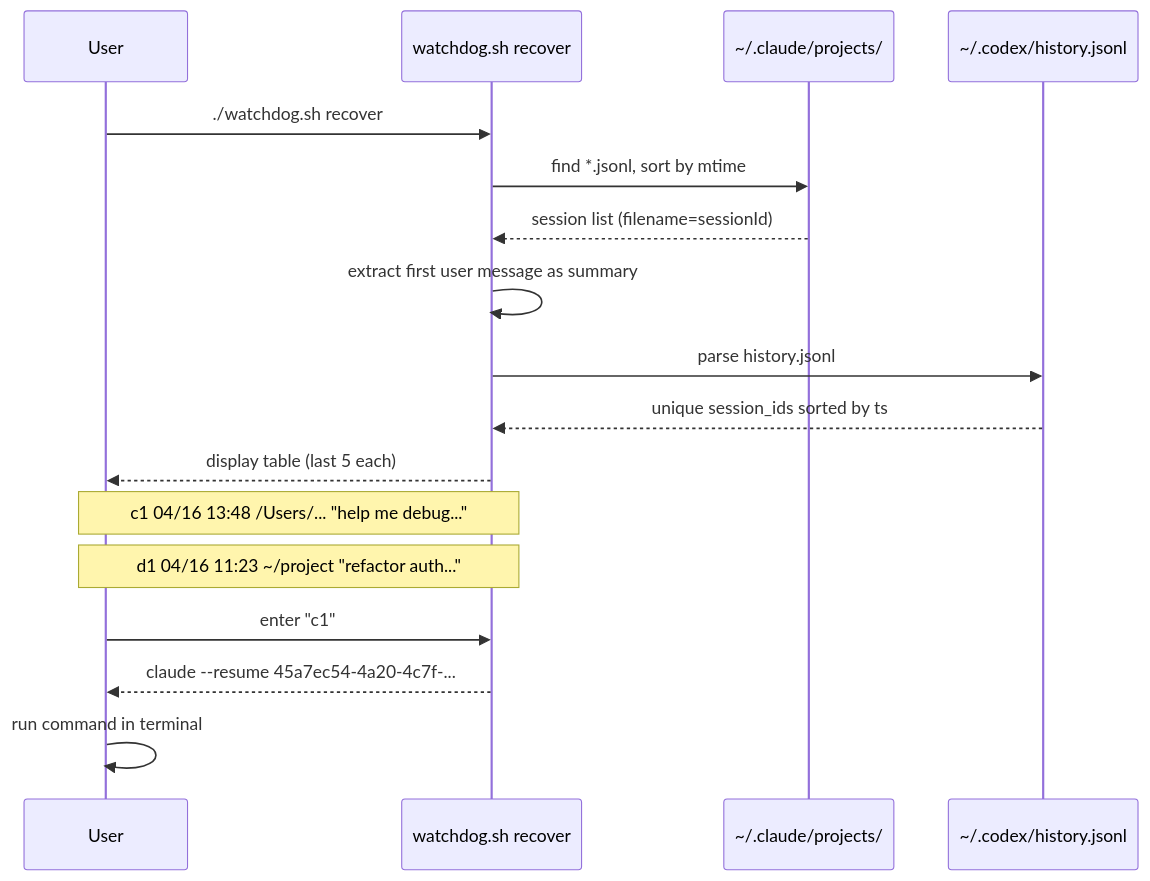
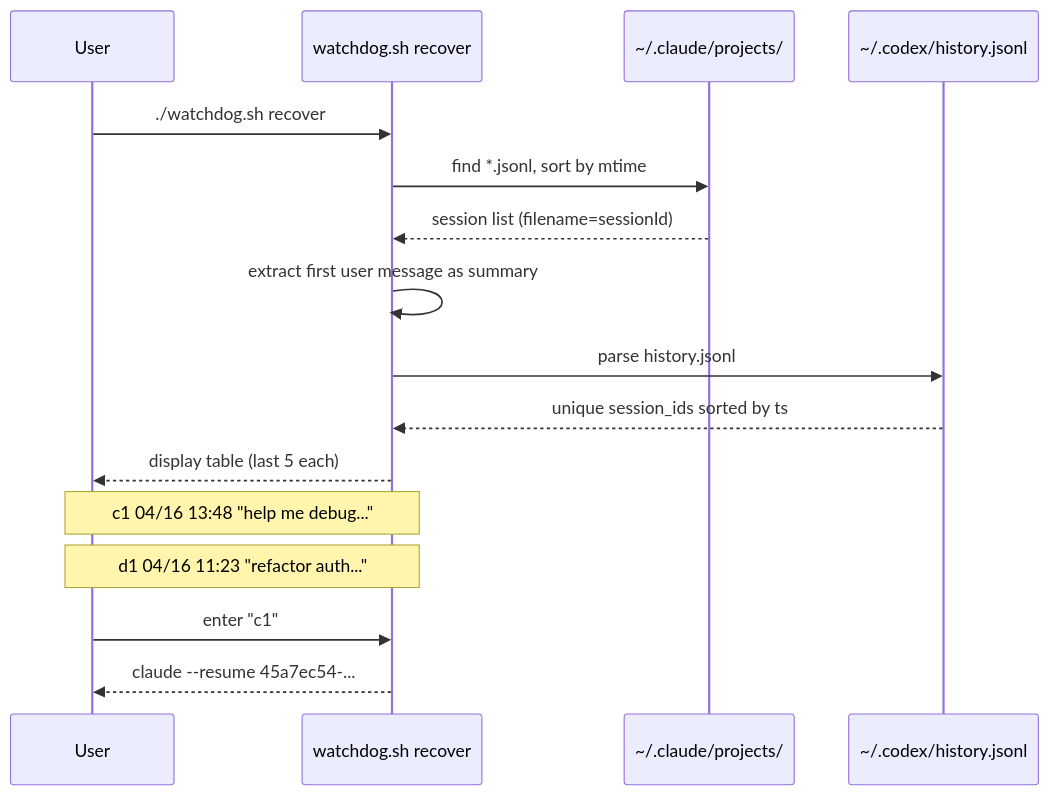
One commit to bianbiandashen/ai-watchdog changed the fourth of 6 diagrams in README.md. Above: the diagram before and after it, drawn with Mermaid. The commit also changed other lines of this file and 6 other files, not shown here.

````diff
--- a/README.md
+++ b/README.md
@@ -128,24 +154,23 @@
 ```mermaid
 sequenceDiagram
     participant User
     participant WD as watchdog.sh recover
     participant FS as ~/.claude/projects/
     participant FS2 as ~/.codex/history.jsonl
 
     User->>WD: ./watchdog.sh recover
 
     WD->>FS: find *.jsonl, sort by mtime
     FS-->>WD: session list (filename=sessionId)
     WD->>WD: extract first user message as summary
 
     WD->>FS2: parse history.jsonl
     FS2-->>WD: unique session_ids sorted by ts
 
     WD-->>User: display table (last 5 each)
-    Note over User,WD: c1 04/16 13:48  /Users/...  "help me debug..."
-    Note over User,WD: d1 04/16 11:23  ~/project   "refactor auth..."
+    Note over User,WD: c1 04/16 13:48  "help me debug..."
+    Note over User,WD: d1 04/16 11:23  "refactor auth..."
 
     User->>WD: enter "c1"
-    WD-->>User: claude --resume 45a7ec54-4a20-4c7f-...
-    User->>User: run command in terminal
+    WD-->>User: claude --resume 45a7ec54-...
 ```
````
